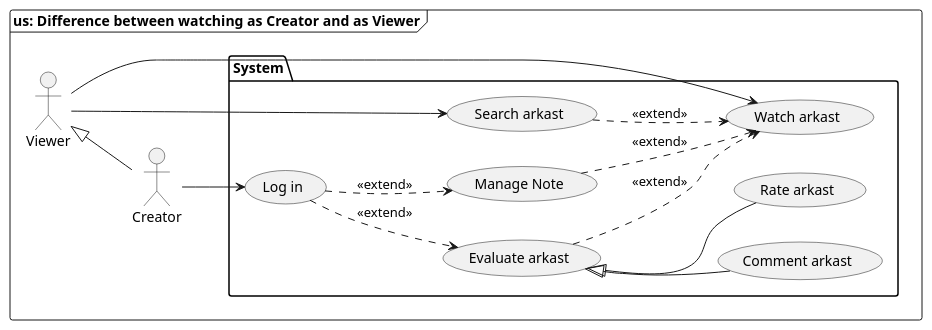
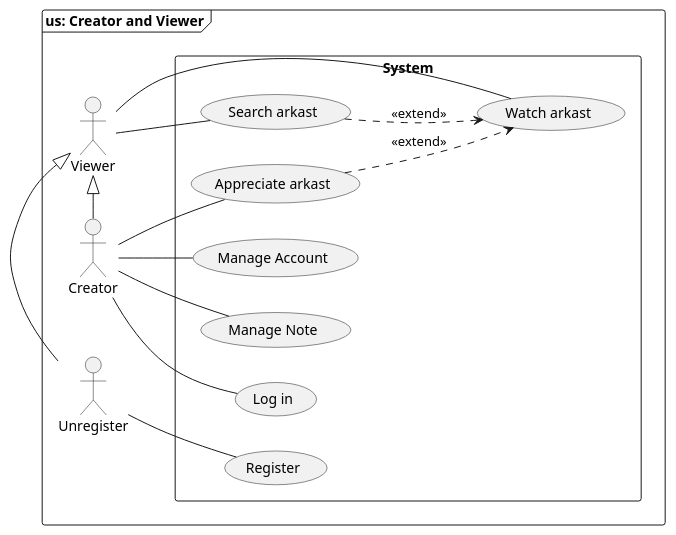
One commit to SSMM0498/arkad-conception changed the diagram in models/1.UseCase/1.UseCase.puml. Above: the diagram before and after it, drawn with PlantUML. The commit also changed 5 other files, not shown here.

```diff
--- a/models/1.UseCase/1.UseCase.puml
+++ b/models/1.UseCase/1.UseCase.puml
@@ -1,27 +1,37 @@
 @startuml UseCase
 left to right direction
 skinparam shadowing false
 skinparam monochrome true
 
-frame "us: Difference between watching as Creator and as Viewer" {
+frame "us: Creator and Viewer" {
     actor Viewer
     actor Creator
+    actor Unregister
 
-    package System {
-        :Viewer: --> (Watch arkast)
-        :Viewer: --> (Search arkast)
-        :Creator: --> (Log in)
+    Viewer <|-left- Creator
+    Unregister -right-|> Viewer
 
-        (Search arkast) ..> (Watch arkast) : <<extend>>
-        (Log in) ..> (Evaluate arkast) : <<extend>>
-        (Log in) ..> (Manage Note) : <<extend>>
-        (Evaluate arkast) ..> (Watch arkast) : <<extend>>
-        (Evaluate arkast) <|-- (Rate arkast)
-        (Evaluate arkast) <|-- (Comment arkast)
-        (Manage Note) ..> (Watch arkast) : <<extend>>
+    rectangle System {
+        (Log in)
+        (Manage Note)
+        (Manage Account)
+        (Appreciate arkast)
+        (Search arkast)
+        (Watch arkast)
+        (Register)
+
     }
-
-    Viewer <|-- Creator
+    
+    (Search arkast) .down.> (Watch arkast) : <<extend>>
+    (Watch arkast) <.up. (Appreciate arkast) : <<extend>>
+    
+    :Creator: -- (Log in)
+    :Creator: -- (Manage Note)
+    :Creator: -- (Manage Account)
+    :Creator: -- (Appreciate arkast)
+    :Viewer: -- (Watch arkast)
+    :Viewer: -- (Search arkast)
+    :Unregister: -- (Register)
 }
 
 @enduml
```
